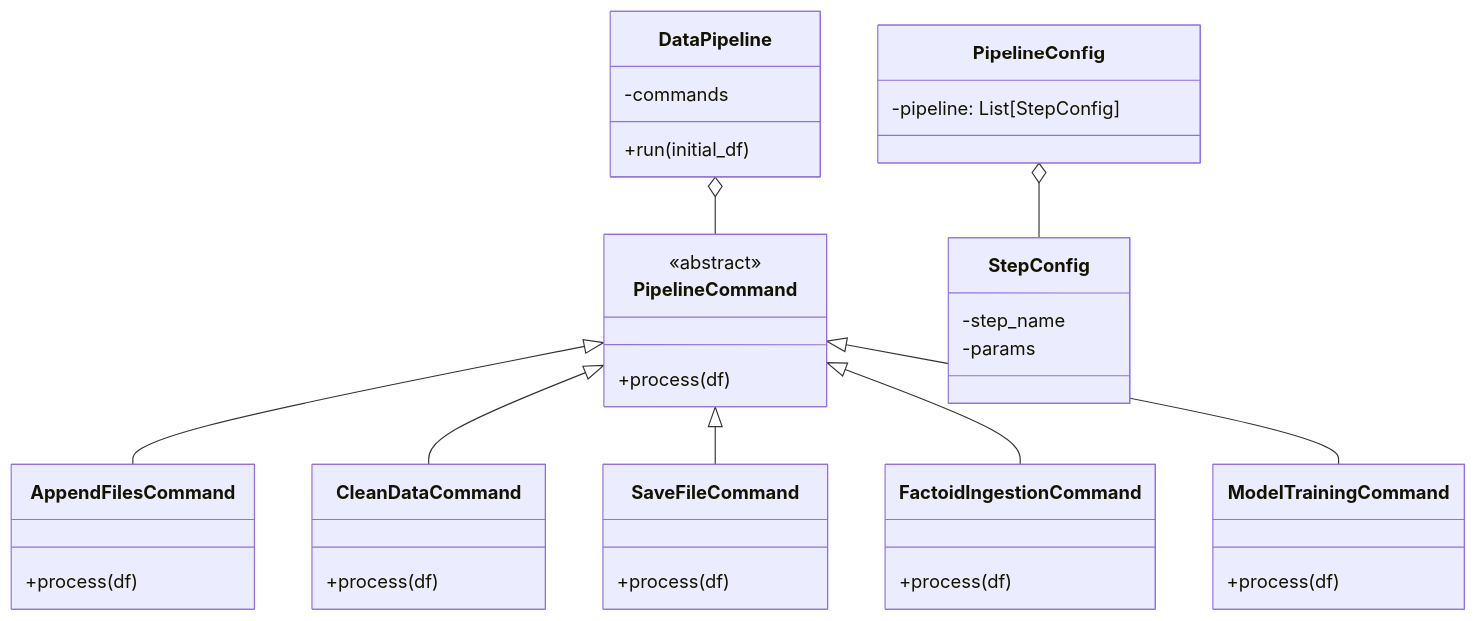
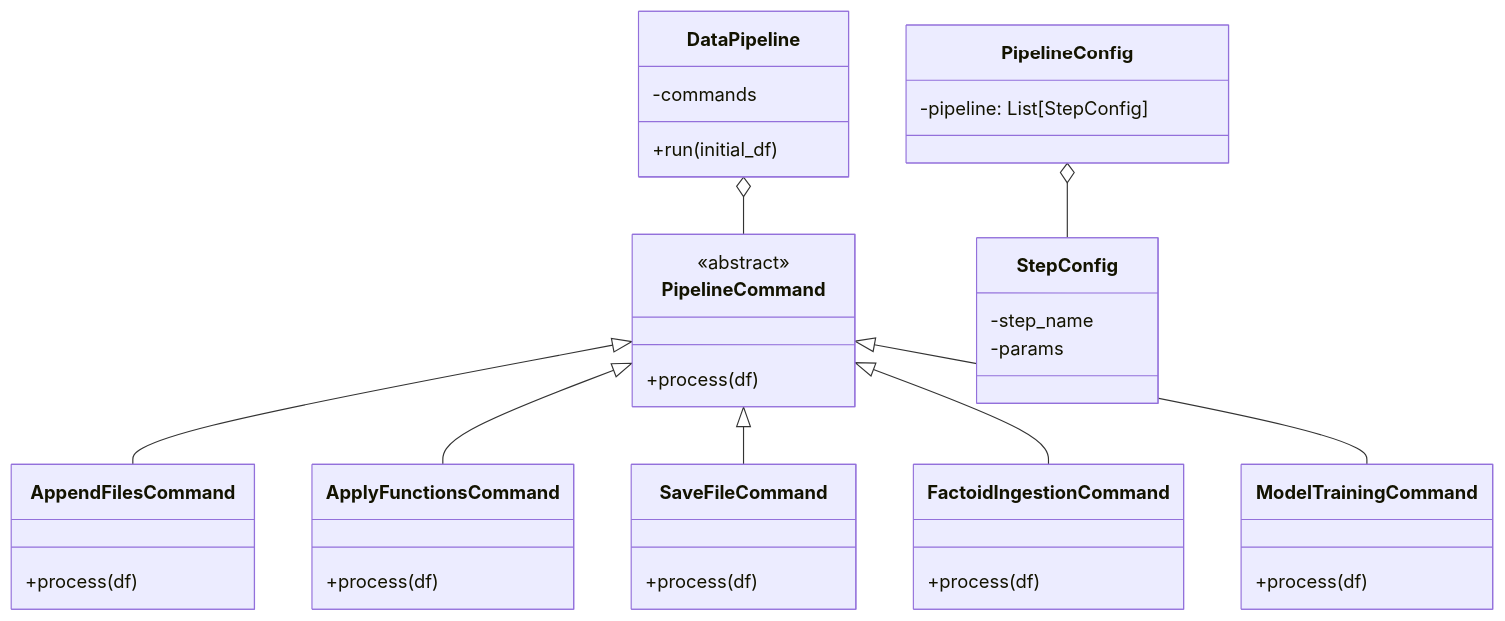
Before and after one commit to m-rossini/balance-category-pipeline: the diagram in class_diagram.mmd, drawn with Mermaid. The commit also changed 10 other files, not shown here.

```diff
--- a/class_diagram.mmd
+++ b/class_diagram.mmd
@@ -1,38 +1,38 @@
 classDiagram
     class PipelineCommand {
         <<abstract>>
         +process(df)
     }
     class AppendFilesCommand {
         +process(df)
     }
-    class CleanDataCommand {
+    class ApplyFunctionsCommand {
         +process(df)
     }
     class SaveFileCommand {
         +process(df)
     }
     class FactoidIngestionCommand {
         +process(df)
     }
     class ModelTrainingCommand {
         +process(df)
     }
     class DataPipeline {
         +run(initial_df)
         -commands
     }
     class PipelineConfig {
         -pipeline: List[StepConfig]
     }
     class StepConfig {
         -step_name
         -params
     }
     PipelineCommand <|-- AppendFilesCommand
-    PipelineCommand <|-- CleanDataCommand
+    PipelineCommand <|-- ApplyFunctionsCommand
     PipelineCommand <|-- SaveFileCommand
     PipelineCommand <|-- FactoidIngestionCommand
     PipelineCommand <|-- ModelTrainingCommand
     DataPipeline o-- PipelineCommand
     PipelineConfig o-- StepConfig
```
